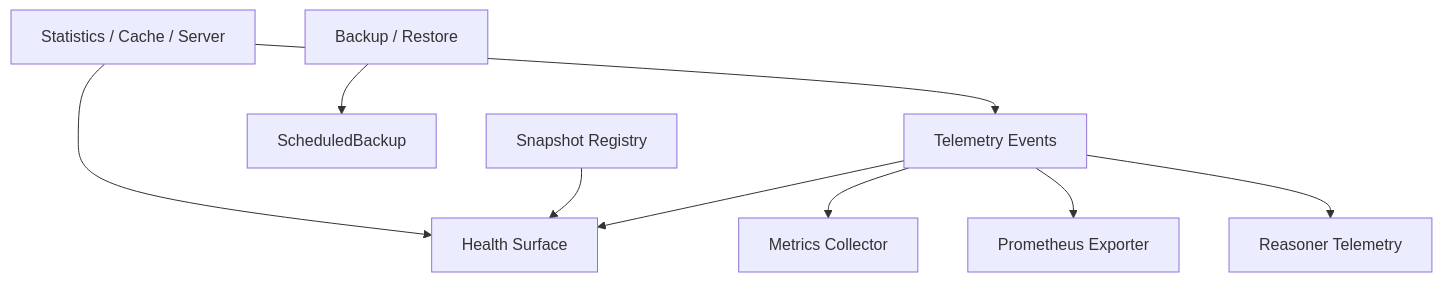
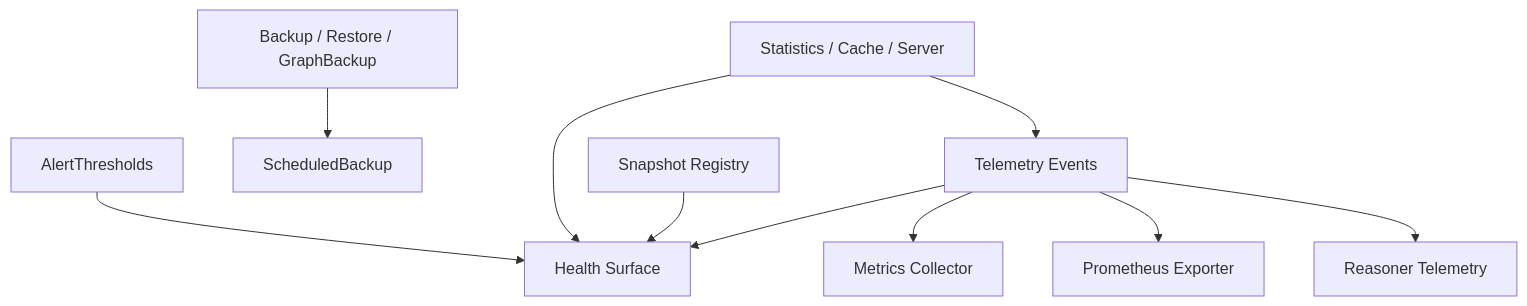
The diagram in specs/operations/observability_and_recovery.md (pcharbon70/triple_store), drawn with Mermaid before and after one commit. The commit also changed other lines of this file and 25 other files, not shown here.

Commit message:
Backfill specs from current architecture

````diff
--- a/specs/operations/observability_and_recovery.md
+++ b/specs/operations/observability_and_recovery.md
@@ -25,12 +27,13 @@
 ```mermaid
 graph TD
   A["Telemetry Events"] --> B["Metrics Collector"]
   A --> C["Prometheus Exporter"]
   A --> D["Health Surface"]
   A --> E["Reasoner Telemetry"]
 
-  F["Backup / Restore"] --> G["ScheduledBackup"]
+  F["Backup / Restore / GraphBackup"] --> G["ScheduledBackup"]
   H["Snapshot Registry"] --> D
   I["Statistics / Cache / Server"] --> D
   I --> A
+  J["AlertThresholds"] --> D
 ```
````
